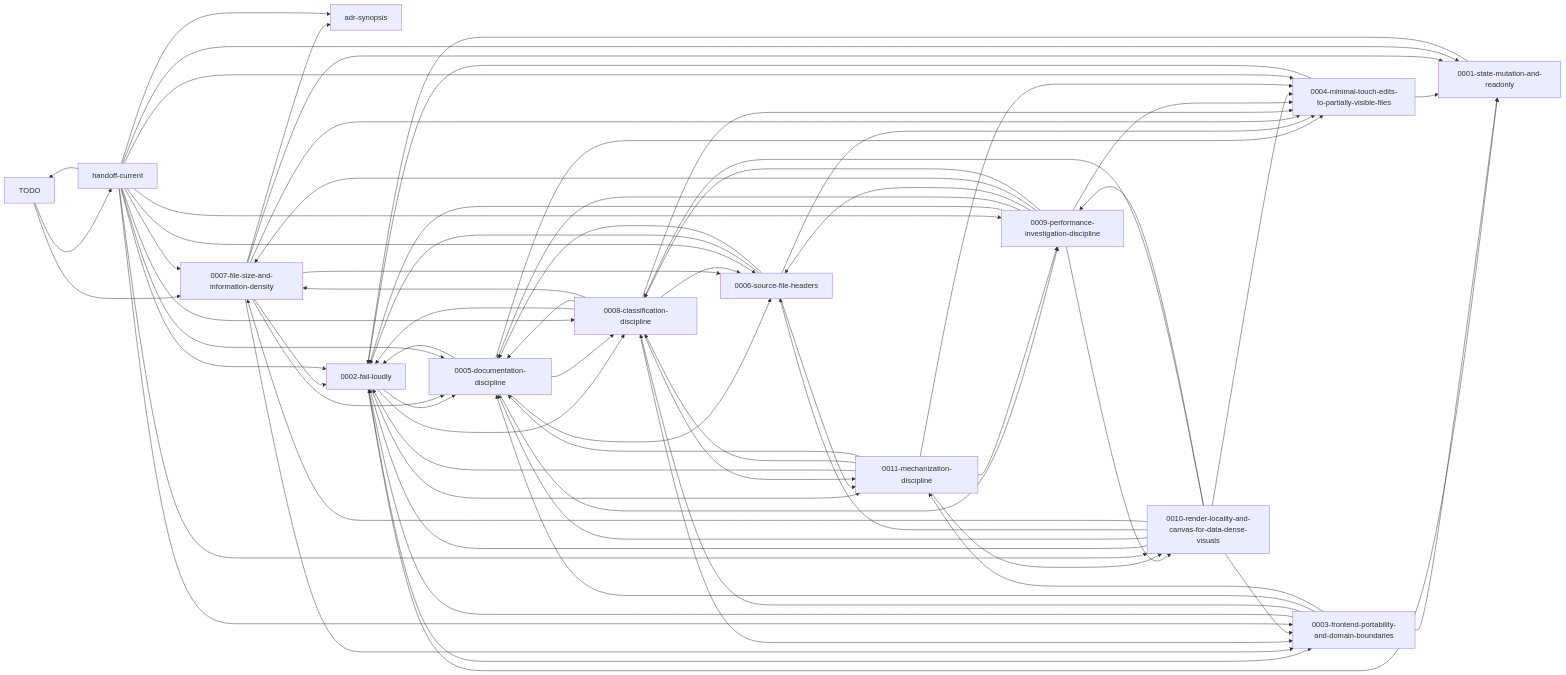
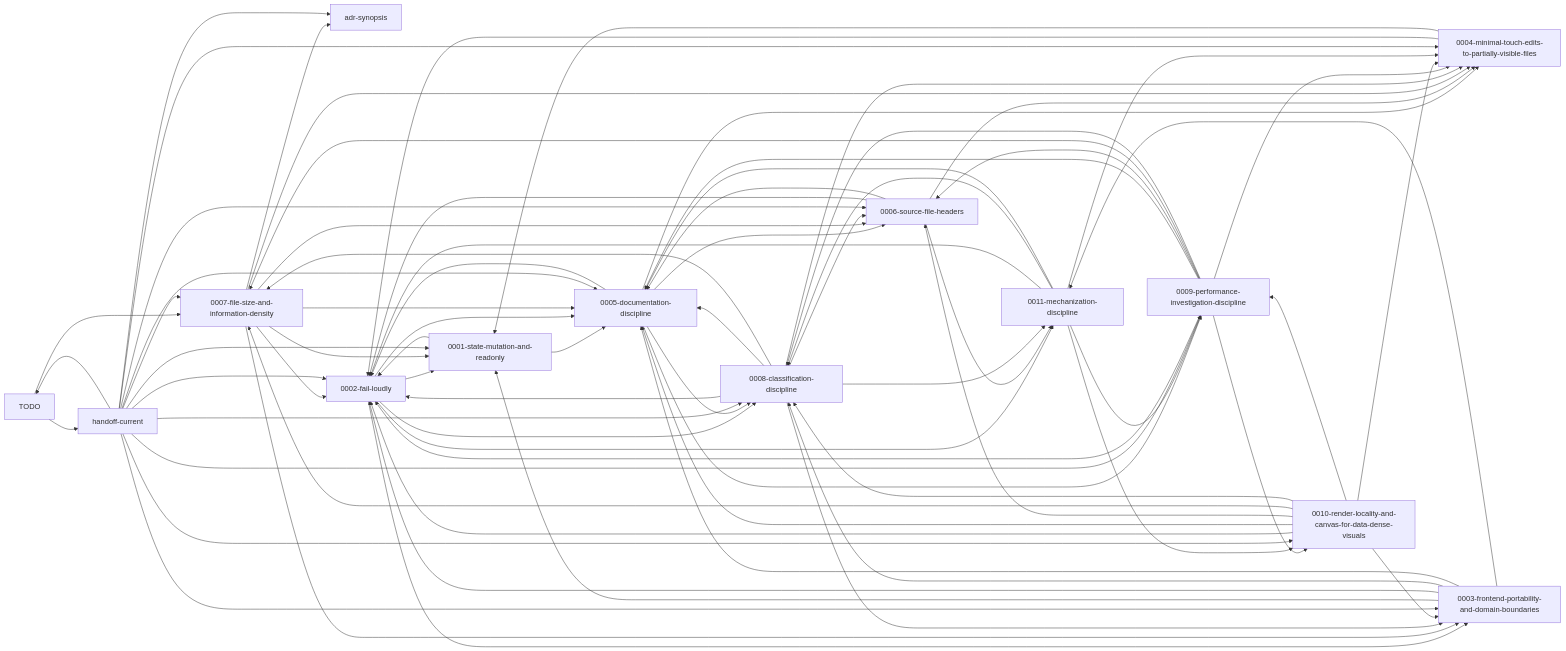
Before and after one commit to KodBena/LengYue: the diagram in docs/doc-graph.md, drawn with Mermaid. The commit also changed other lines of this file and 8 other files, not shown here.

```diff
--- a/docs/doc-graph.md
+++ b/docs/doc-graph.md
@@ -97,6 +97,7 @@
   n0 --> n8
   n0 --> n13
   n2 --> n3
+  n2 --> n6
   n3 --> n2
   n3 --> n6
   n3 --> n9
```
